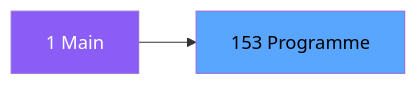
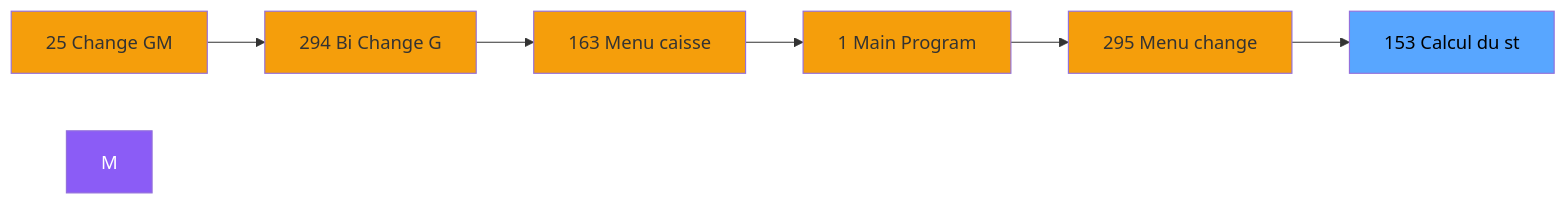
The second of 3 diagrams in .openspec/specs/ADH-IDE-153.md (thonyAGP/magic-migration), drawn with Mermaid before and after one commit. The commit also changed other lines of this file and 323 other files, not shown here.

````diff
--- a/.openspec/specs/ADH-IDE-153.md
+++ b/.openspec/specs/ADH-IDE-153.md
@@ -103,8 +111,21 @@
 ```mermaid
 graph LR
-    M[1 Main]
-    T[153 Programme]
-    M --> T
+    N25[25 Change GM]
+    N294[294 Bi  Change G]
+    N163[163 Menu caisse ]
+    N1[1 Main Program]
+    N295[295 Menu change ]
+    T[153 Calcul du st]
+    N25 --> N294
+    N294 --> N163
+    N163 --> N1
+    N1 --> N295
+    N295 --> T
     style M fill:#8b5cf6,color:#fff
+    style N25 fill:#f59e0b
+    style N294 fill:#f59e0b
+    style N163 fill:#f59e0b
+    style N1 fill:#f59e0b
+    style N295 fill:#f59e0b
     style T fill:#58a6ff,color:#000
 ```
````
